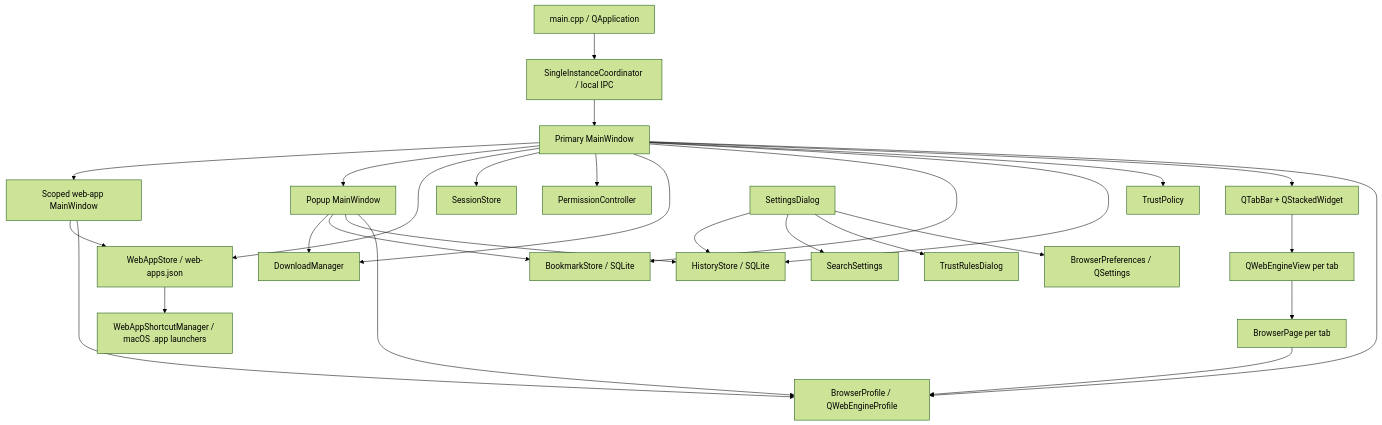
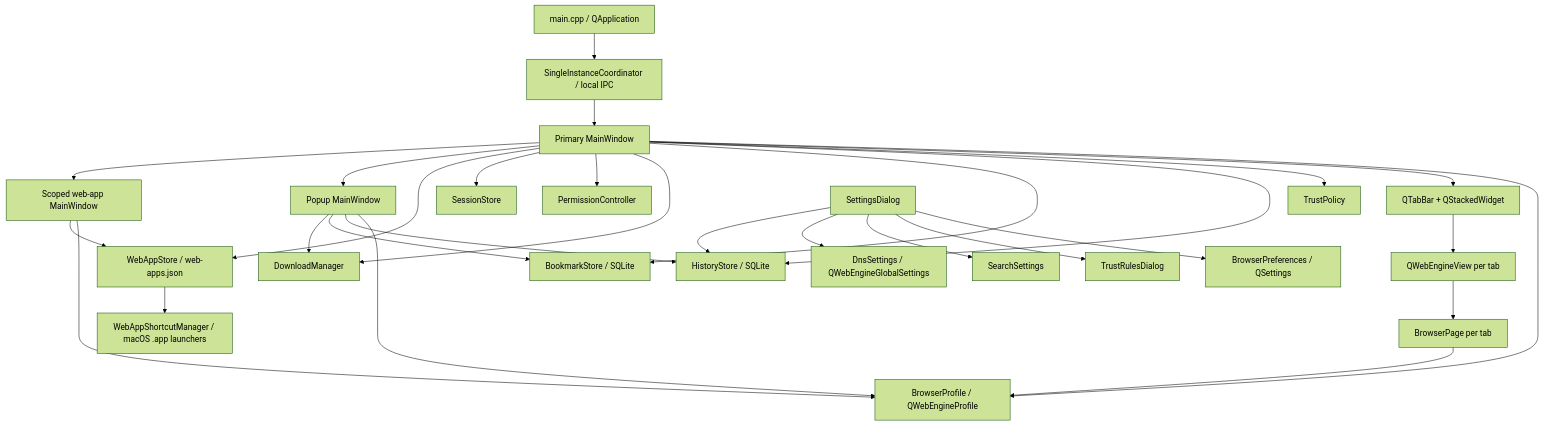
The first of 2 diagrams in docs/ARCHITECTURE.md (tavvet/pan-browser), drawn with Mermaid (forest theme) before and after one commit. The commit also changed other lines of this file and 18 other files, not shown here.

Commit message:
feat: add secure DNS settings

````diff
--- a/docs/ARCHITECTURE.md
+++ b/docs/ARCHITECTURE.md
@@ -36,33 +36,34 @@
 ```mermaid
 flowchart TD
     App["main.cpp / QApplication"] --> Instance["SingleInstanceCoordinator / local IPC"]
     Instance --> MW["Primary MainWindow"]
     MW --> Profile["BrowserProfile / QWebEngineProfile"]
     MW --> Tabs["QTabBar + QStackedWidget"]
     Tabs --> View["QWebEngineView per tab"]
     View --> Page["BrowserPage per tab"]
     Page --> Profile
 
     MW --> Trust["TrustPolicy"]
     MW --> History["HistoryStore / SQLite"]
     MW --> Bookmarks["BookmarkStore / SQLite"]
     MW --> Downloads["DownloadManager"]
     MW --> Permissions["PermissionController"]
     MW --> Session["SessionStore"]
     MW --> WebApps["WebAppStore / web-apps.json"]
     WebApps --> Shortcuts["WebAppShortcutManager / macOS .app launchers"]
 
     Popup["Popup MainWindow"] --> Profile
     Popup --> History
     Popup --> Bookmarks
     Popup --> Downloads
     MW --> Popup
     AppWindow["Scoped web-app MainWindow"] --> Profile
     AppWindow --> WebApps
     MW --> AppWindow
 
     Settings["SettingsDialog"] --> Preferences["BrowserPreferences / QSettings"]
     Settings --> TrustEditor["TrustRulesDialog"]
     Settings --> Search["SearchSettings"]
+    Settings --> DNS["DnsSettings / QWebEngineGlobalSettings"]
     Settings --> History
 ```
````
